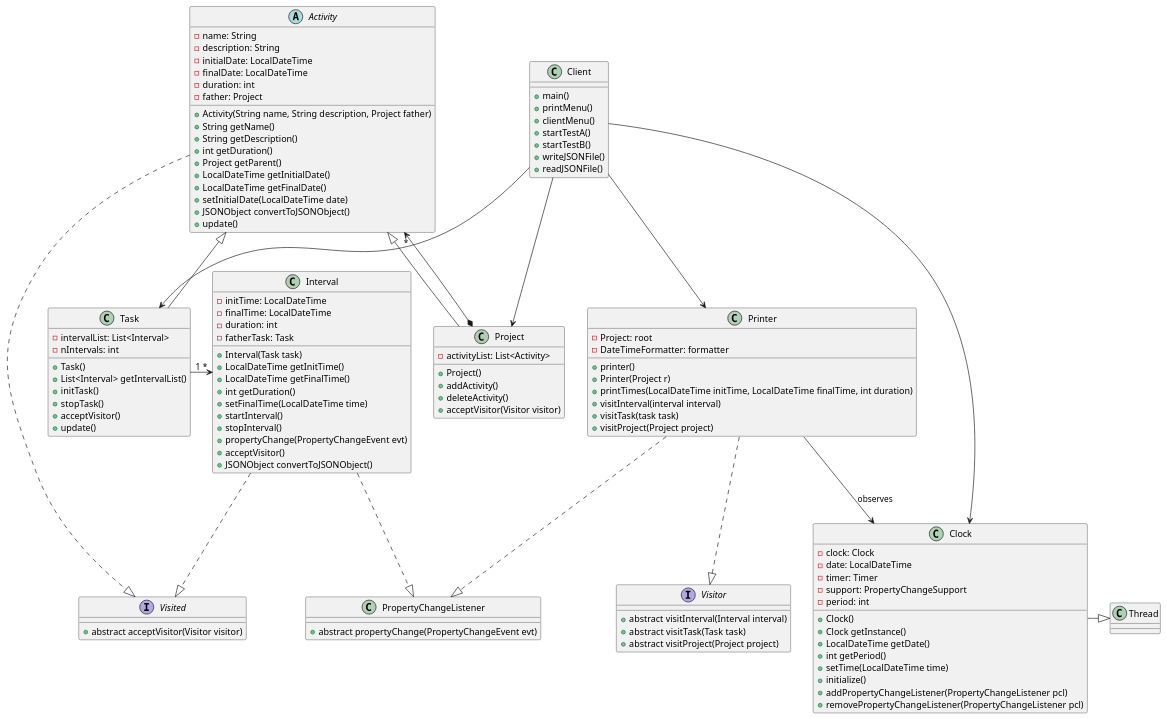
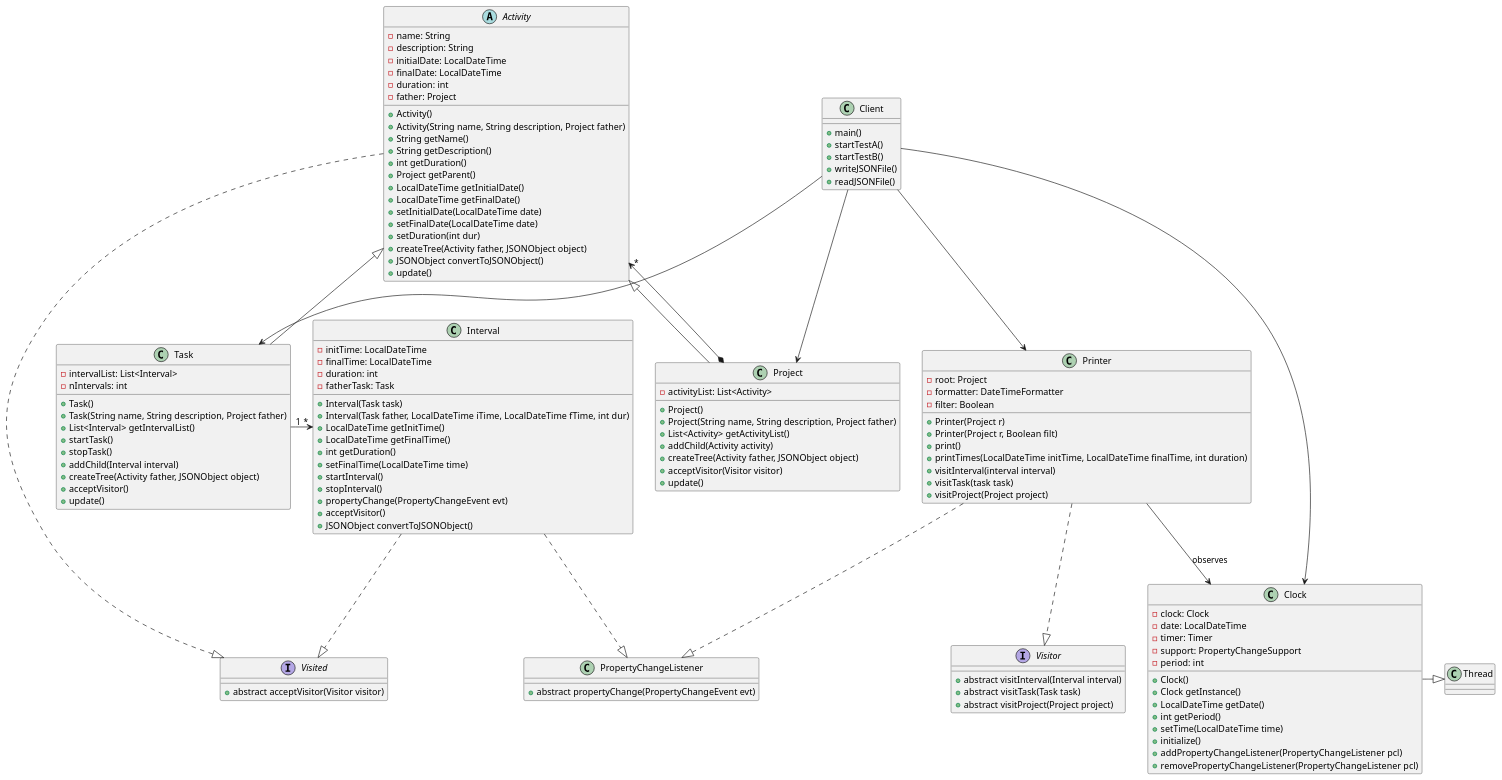
One commit to TimeTrackerUAB/timetracker changed the diagram in CodigoDS/src/classDiagram.puml. Above: the diagram before and after it, drawn with PlantUML. The commit also changed 3 other files, not shown here.

Commit message:
Class diagram finished

```diff
--- a/CodigoDS/src/classDiagram.puml
+++ b/CodigoDS/src/classDiagram.puml
@@ -1,132 +1,143 @@
 @startuml
 
 
 abstract class Activity{
 - name: String
 - description: String
 - initialDate: LocalDateTime
 - finalDate: LocalDateTime
 - duration: int
 - father: Project
++ Activity()
 + Activity(String name, String description, Project father)
 + String getName()
 + String getDescription()
 + int getDuration()
 + Project getParent()
 + LocalDateTime getInitialDate()
 + LocalDateTime getFinalDate()
 + setInitialDate(LocalDateTime date)
++ setFinalDate(LocalDateTime date)
++ setDuration(int dur)
++ createTree(Activity father, JSONObject object)
 + JSONObject convertToJSONObject()
 + update()
 
 }
 
 class Task{
 - intervalList: List<Interval>
 - nIntervals: int
 + Task()
++ Task(String name, String description, Project father)
 + List<Interval> getIntervalList()
-+ initTask()
++ startTask()
 + stopTask()
++ addChild(Interval interval)
++ createTree(Activity father, JSONObject object)
 + acceptVisitor()
 + update()
 }
 
 class Project{
 - activityList: List<Activity>
 + Project()
-+ addActivity()
-+ deleteActivity()
++ Project(String name, String description, Project father)
++ List<Activity> getActivityList()
++ addChild(Activity activity)
++ createTree(Activity father, JSONObject object)
 + acceptVisitor(Visitor visitor)
++ update()
 
 }
 
 class Clock{
 - clock: Clock
 - date: LocalDateTime
 - timer: Timer
 - support: PropertyChangeSupport
 - period: int
 + Clock()
 + Clock getInstance()
 + LocalDateTime getDate()
 + int getPeriod()
 + setTime(LocalDateTime time)
 + initialize()
 + addPropertyChangeListener(PropertyChangeListener pcl)
 + removePropertyChangeListener(PropertyChangeListener pcl)
 }
 
 class Thread{}
 
 class Interval{
 - initTime: LocalDateTime
 - finalTime: LocalDateTime
 - duration: int
 - fatherTask: Task
 + Interval(Task task)
++ Interval(Task father, LocalDateTime iTime, LocalDateTime fTime, int dur)
 + LocalDateTime getInitTime()
 + LocalDateTime getFinalTime()
 + int getDuration()
 + setFinalTime(LocalDateTime time)
 + startInterval()
 + stopInterval()
 + propertyChange(PropertyChangeEvent evt)
 + acceptVisitor()
 + JSONObject convertToJSONObject()
 }
 
 class Client{
 + main()
-+ printMenu()
-+ clientMenu()
 + startTestA()
 + startTestB()
 + writeJSONFile()
 + readJSONFile()
 }
 
 class Printer{
-- Project: root
-- DateTimeFormatter: formatter
-+ printer()
+- root: Project
+- formatter: DateTimeFormatter
+- filter: Boolean
 + Printer(Project r)
++ Printer(Project r, Boolean filt)
++ print()
 + printTimes(LocalDateTime initTime, LocalDateTime finalTime, int duration)
 + visitInterval(interval interval)
 + visitTask(task task)
 + visitProject(Project project)
 }
 
 interface Visited{
 + abstract acceptVisitor(Visitor visitor)
 }
 
 interface Visitor{
 + abstract visitInterval(Interval interval)
 + abstract visitTask(Task task)
 + abstract visitProject(Project project)
 
 }
 
 class PropertyChangeListener{
 + abstract propertyChange(PropertyChangeEvent evt)
 }
 
 
 Project -up-|> Activity
 Task -up-|> Activity
 Project  *--> "*" Activity
 Client --> Project
 Client --> Task
 Client --> Clock
 Client --> Printer
 Task "1" -right->"*" Interval
 Printer --> Clock : observes
 Clock -right-|> Thread
 Printer ..|> Visitor
 Activity ..|> Visited
 Interval ..|> Visited
 Printer ..|> PropertyChangeListener
 Interval ..|> PropertyChangeListener
 
 @enduml
```
